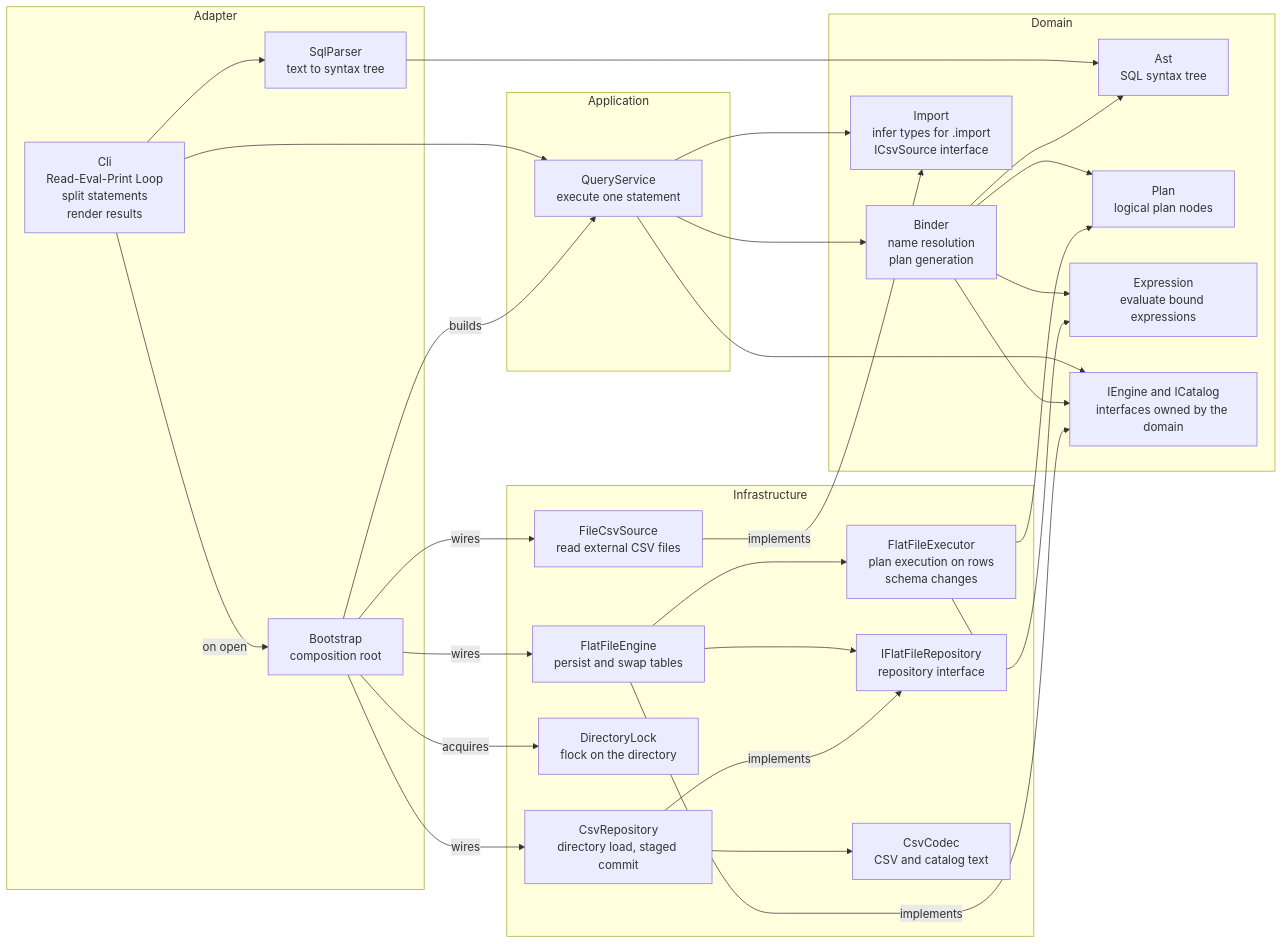
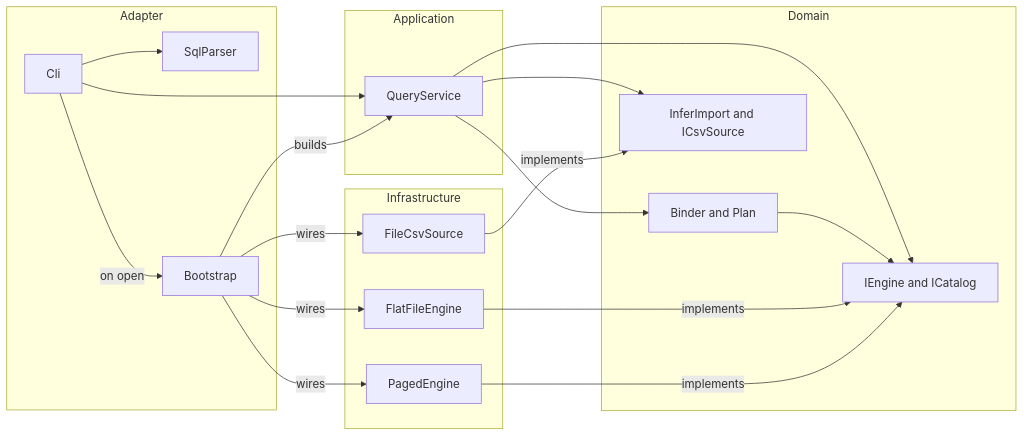
The first of 11 diagrams in docs/DesignDocument.md (daniel-gs-93/flatfiledb), drawn with Mermaid before and after one commit. The commit also changed other lines of this file and 76 other files, not shown here.

````diff
--- a/docs/DesignDocument.md
+++ b/docs/DesignDocument.md
@@ -30,52 +19,35 @@
 ```mermaid
 flowchart LR
     subgraph Adapter
-        Cli["Cli<br/>Read-Eval-Print Loop<br/>split statements<br/>render results"]
-        SqlParser["SqlParser<br/>text to syntax tree"]
-        Bootstrap["Bootstrap<br/>composition root"]
+        Cli
+        SqlParser
+        Bootstrap
     end
     subgraph Application
-        QueryService["QueryService<br/>execute one statement"]
+        QueryService
     end
     subgraph Domain
-        Ast["Ast<br/>SQL syntax tree"]
-        Binder["Binder<br/>name resolution<br/>plan generation"]
-        Plan["Plan<br/>logical plan nodes"]
-        Expression["Expression<br/>evaluate bound expressions"]
-        EnginePort["IEngine and ICatalog<br/>interfaces owned by the domain"]
-        Import["Import<br/>infer types for .import<br/>ICsvSource interface"]
+        Binder["Binder and Plan"]
+        EnginePort["IEngine and ICatalog"]
+        Import["InferImport and ICsvSource"]
     end
     subgraph Infrastructure
-        FlatFileEngine["FlatFileEngine<br/>persist and swap tables"]
-        FlatFileExecutor["FlatFileExecutor<br/>plan execution on rows<br/>schema changes"]
-        FlatFileRepoPort["IFlatFileRepository<br/>repository interface"]
-        CsvRepository["CsvRepository<br/>directory load, staged commit"]
-        CsvCodec["CsvCodec<br/>CSV and catalog text"]
-        DirectoryLock["DirectoryLock<br/>flock on the directory"]
-        FileCsvSource["FileCsvSource<br/>read external CSV files"]
+        FlatFileEngine
+        PagedEngine
+        FileCsvSource
     end
     Cli --> SqlParser
     Cli --> QueryService
     Cli -->|on open| Bootstrap
     Bootstrap -->|builds| QueryService
     Bootstrap -->|wires| FlatFileEngine
-    Bootstrap -->|wires| CsvRepository
-    Bootstrap -->|acquires| DirectoryLock
+    Bootstrap -->|wires| PagedEngine
     Bootstrap -->|wires| FileCsvSource
-    SqlParser --> Ast
     QueryService --> Binder
     QueryService --> EnginePort
     QueryService --> Import
+    Binder --> EnginePort
     FileCsvSource -->|implements| Import
-    Binder --> Ast
-    Binder --> Plan
-    Binder --> Expression
-    Binder --> EnginePort
     FlatFileEngine -->|implements| EnginePort
-    FlatFileEngine --> FlatFileExecutor
-    FlatFileEngine --> FlatFileRepoPort
-    CsvRepository -->|implements| FlatFileRepoPort
-    FlatFileExecutor --> Plan
-    FlatFileExecutor --> Expression
-    CsvRepository --> CsvCodec
+    PagedEngine -->|implements| EnginePort
 ```
````
